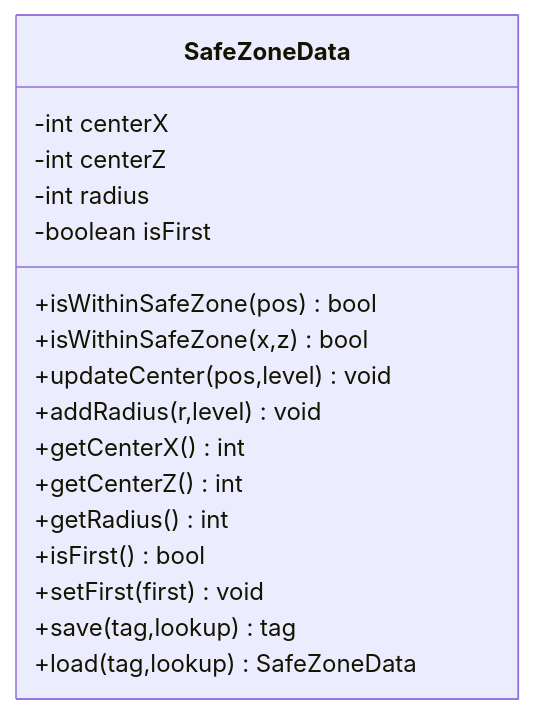
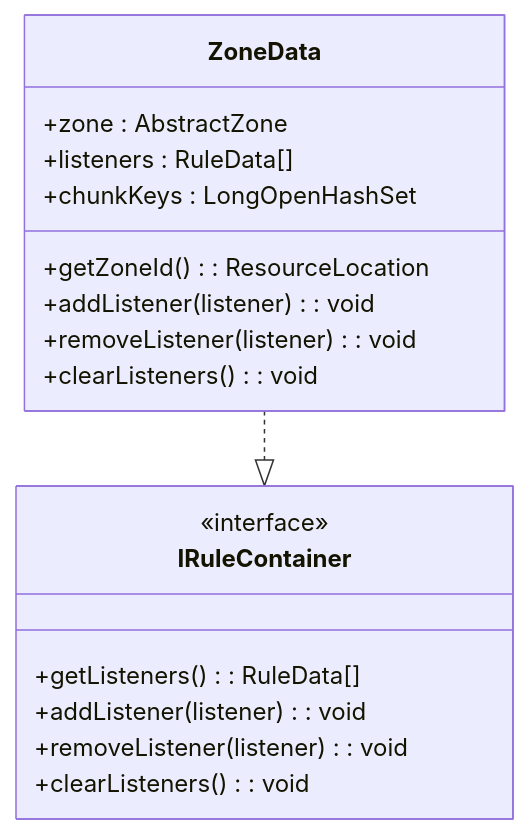
One commit to Ver-shift/SubModulesGeneHunter changed the fourth of 6 diagrams in .qoder/repowiki/zh/content/API参考文档/安全区API接口.md. Above: the diagram before and after it, drawn with Mermaid. The commit also changed other lines of this file and 42 other files, not shown here.

````diff
--- a/.qoder/repowiki/zh/content/API参考文档/安全区API接口.md
+++ b/.qoder/repowiki/zh/content/API参考文档/安全区API接口.md
@@ -218,20 +160,20 @@
 ```mermaid
 classDiagram
-class SafeZoneData {
--int centerX
--int centerZ
--int radius
--boolean isFirst
-+isWithinSafeZone(pos) bool
-+isWithinSafeZone(x,z) bool
-+updateCenter(pos,level) void
-+addRadius(r,level) void
-+getCenterX() int
-+getCenterZ() int
-+getRadius() int
-+isFirst() bool
-+setFirst(first) void
-+save(tag,lookup) tag
-+load(tag,lookup) SafeZoneData
+class ZoneData {
++zone : AbstractZone
++listeners : RuleData[]
++chunkKeys : LongOpenHashSet
++getZoneId() : ResourceLocation
++addListener(listener) : void
++removeListener(listener) : void
++clearListeners() : void
 }
+class IRuleContainer {
+<<interface>>
++getListeners() : RuleData[]
++addListener(listener) : void
++removeListener(listener) : void
++clearListeners() : void
+}
+ZoneData ..|> IRuleContainer
 ```
````
